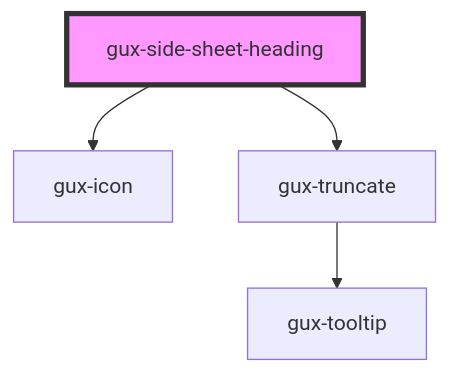
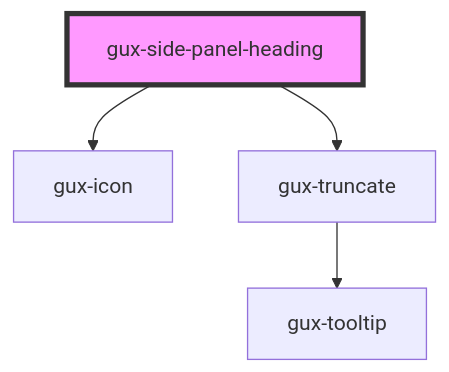
The diagram in packages/genesys-spark-components/src/components/beta/gux-side-panel/components/gux-side-panel-heading/readme.md (MuthuEshwara-Manian/genesys-spark), drawn with Mermaid before and after one commit. The commit also changed 18 other files, not shown here.

Commit message:
style(side panel): generating tokens

````diff
--- a/packages/genesys-spark-components/src/components/beta/gux-side-panel/components/gux-side-panel-heading/readme.md
+++ b/packages/genesys-spark-components/src/components/beta/gux-side-panel/components/gux-side-panel-heading/readme.md
@@ -23,7 +23,7 @@
 ```mermaid
 graph TD;
-  gux-side-sheet-heading --> gux-icon
-  gux-side-sheet-heading --> gux-truncate
+  gux-side-panel-heading --> gux-icon
+  gux-side-panel-heading --> gux-truncate
   gux-truncate --> gux-tooltip
-  style gux-side-sheet-heading fill:#f9f,stroke:#333,stroke-width:4px
+  style gux-side-panel-heading fill:#f9f,stroke:#333,stroke-width:4px
 ```
````
